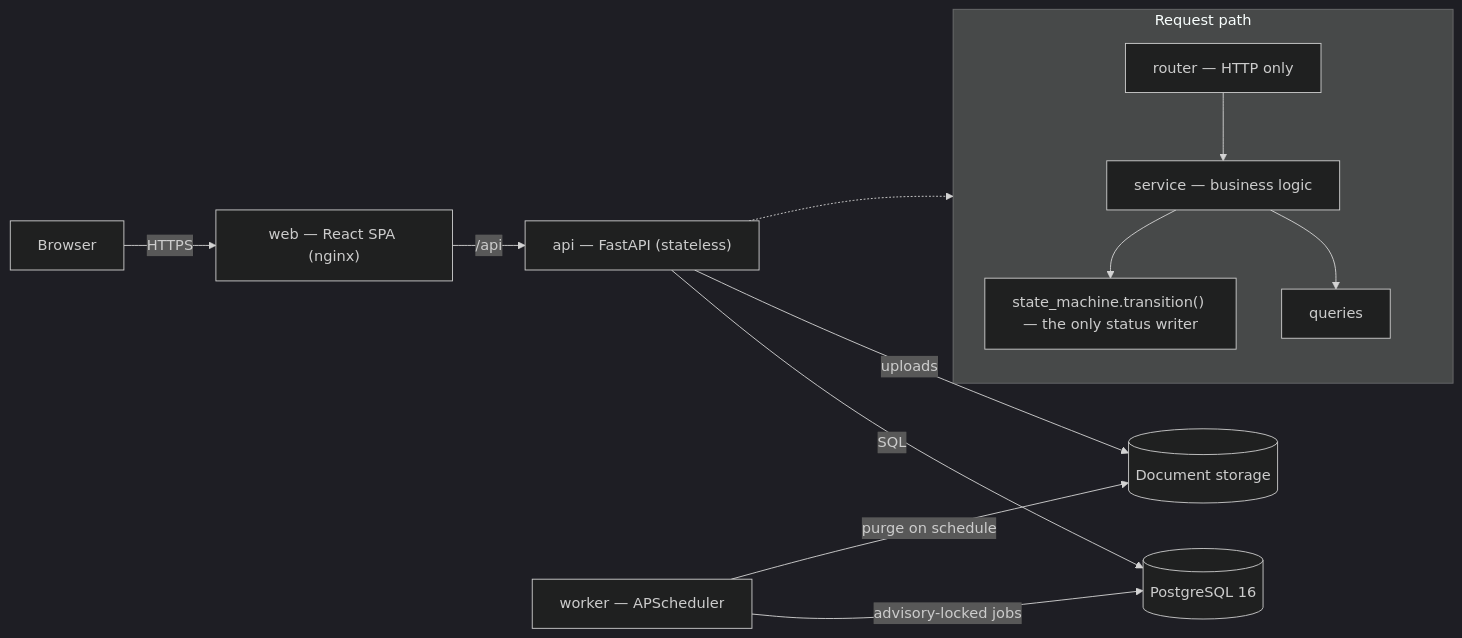
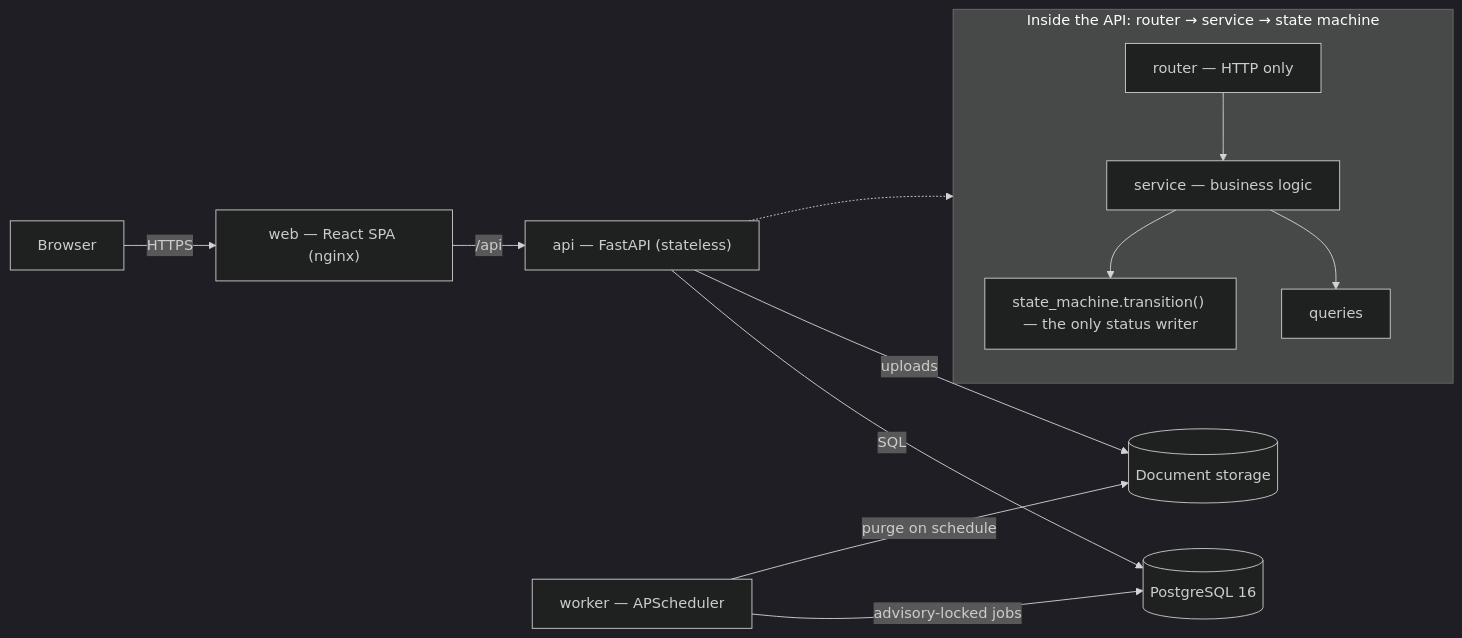
One commit to sujitd7/loanflow changed the diagram in README.md. Above: the diagram before and after it, drawn with Mermaid (dark theme). The commit also changed other lines of this file, not shown here.

````diff
--- a/README.md
+++ b/README.md
@@ -34,17 +34,17 @@
 ```mermaid
 flowchart LR
     Browser -->|HTTPS| Web["web — React SPA (nginx)"]
     Web -->|/api| API["api — FastAPI (stateless)"]
     API -->|SQL| DB[("PostgreSQL 16")]
     API -->|uploads| Store[("Document storage")]
     Worker["worker — APScheduler"] -->|advisory-locked jobs| DB
     Worker -->|purge on schedule| Store
 
-    subgraph Request path
+    subgraph reqpath ["Inside the API: router → service → state machine"]
       direction TB
       R["router — HTTP only"] --> S["service — business logic"]
       S --> T["state_machine.transition() — the only status writer"]
       S --> Q["queries"]
     end
     API -.-> R
 ```
````
